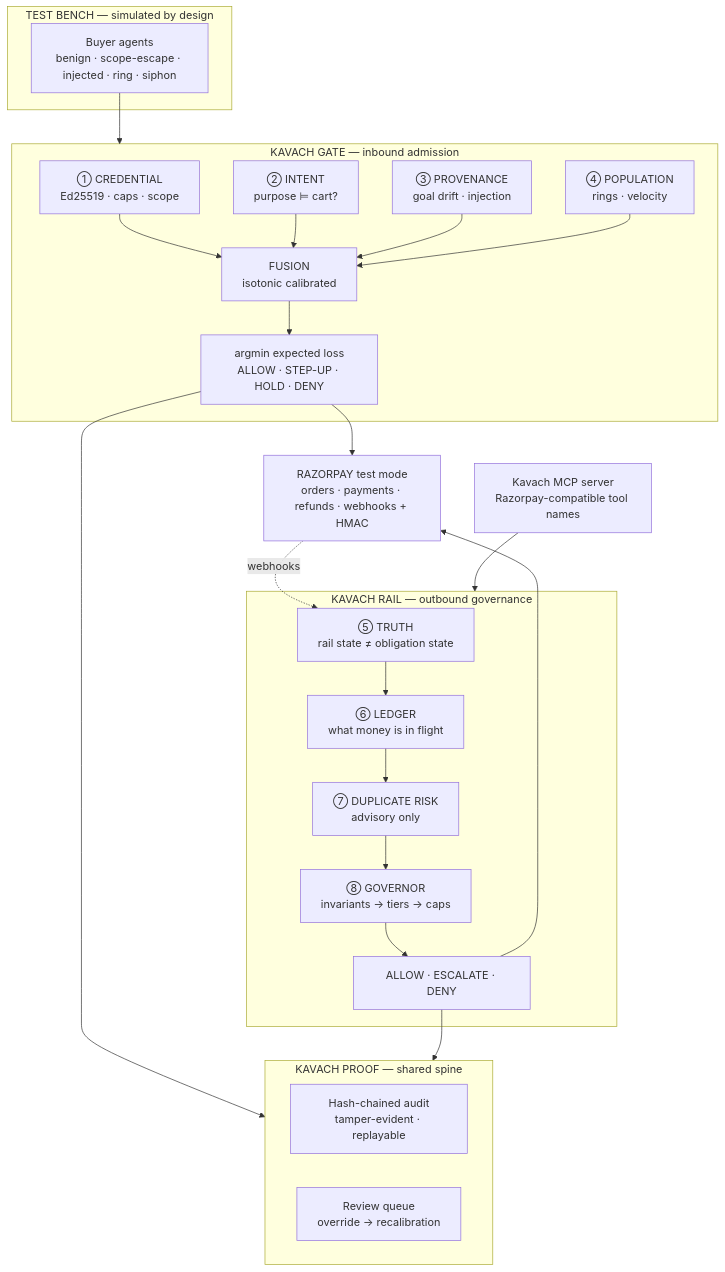
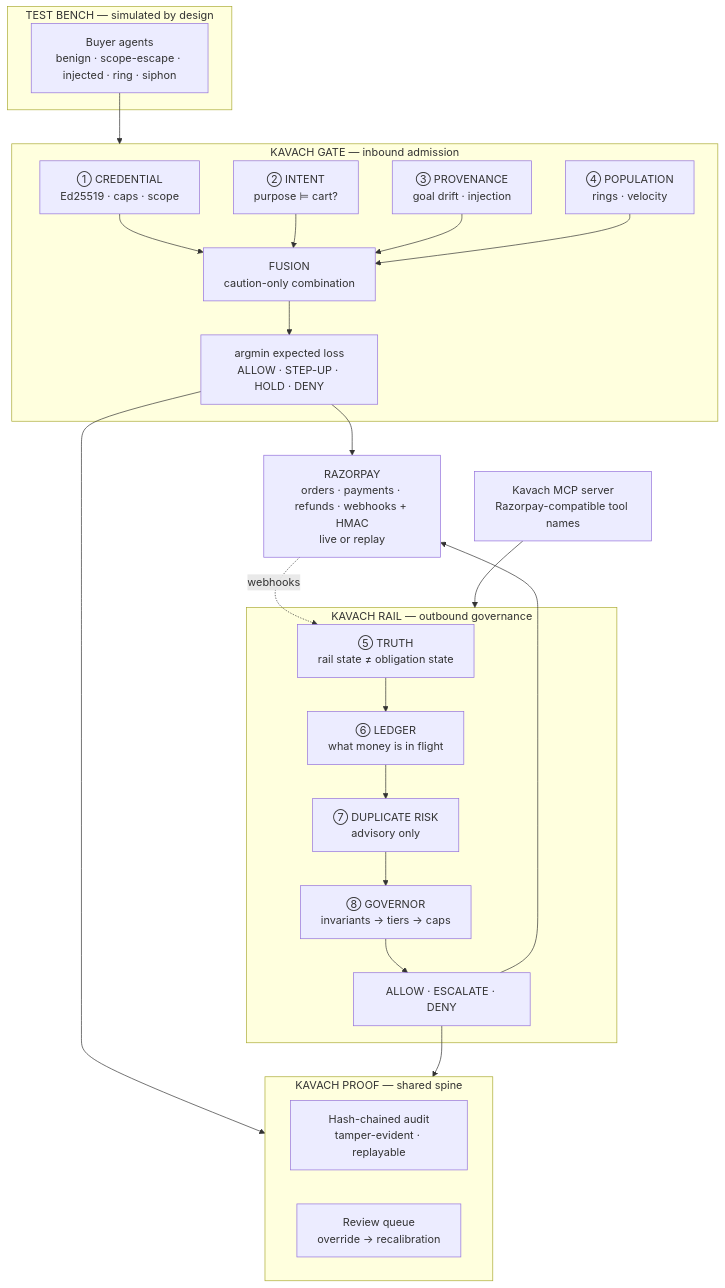
One commit to DEEPESH-845/Kavach changed the diagram in README.md. Above: the diagram before and after it, drawn with Mermaid. The commit also changed other lines of this file and 3 other files, not shown here.

Commit message:
refactor: replace make demo with make run, add latency benchmark, and update documentation architecture.

````diff
--- a/README.md
+++ b/README.md
@@ -285,39 +300,39 @@
 ```mermaid
 flowchart TB
     subgraph bench["TEST BENCH — simulated by design"]
         BA["Buyer agents<br/>benign · scope-escape · injected · ring · siphon"]
     end
 
     subgraph gate["KAVACH GATE — inbound admission"]
         P1["① CREDENTIAL<br/>Ed25519 · caps · scope"]
         P2["② INTENT<br/>purpose ⊨ cart?"]
         P3["③ PROVENANCE<br/>goal drift · injection"]
         P4["④ POPULATION<br/>rings · velocity"]
-        FUSE["FUSION<br/>isotonic calibrated"]
+        FUSE["FUSION<br/>caution-only combination"]
         DEC1["argmin expected loss<br/>ALLOW · STEP-UP · HOLD · DENY"]
     end
 
     subgraph rail["KAVACH RAIL — outbound governance"]
         T["⑤ TRUTH<br/>rail state ≠ obligation state"]
         L["⑥ LEDGER<br/>what money is in flight"]
         D["⑦ DUPLICATE RISK<br/>advisory only"]
         G["⑧ GOVERNOR<br/>invariants → tiers → caps"]
         DEC2["ALLOW · ESCALATE · DENY"]
     end
 
     subgraph proof["KAVACH PROOF — shared spine"]
         AC["Hash-chained audit<br/>tamper-evident · replayable"]
         RQ["Review queue<br/>override → recalibration"]
     end
 
-    RZP["RAZORPAY test mode<br/>orders · payments · refunds · webhooks + HMAC"]
+    RZP["RAZORPAY<br/>orders · payments · refunds · webhooks + HMAC<br/>live or replay"]
     MCP["Kavach MCP server<br/>Razorpay-compatible tool names"]
 
     BA --> gate
     P1 & P2 & P3 & P4 --> FUSE --> DEC1
     MCP --> rail
     T --> L --> D --> G --> DEC2
     DEC1 & DEC2 --> RZP
     RZP -.webhooks.-> T
     DEC1 & DEC2 --> proof
 ```
````
